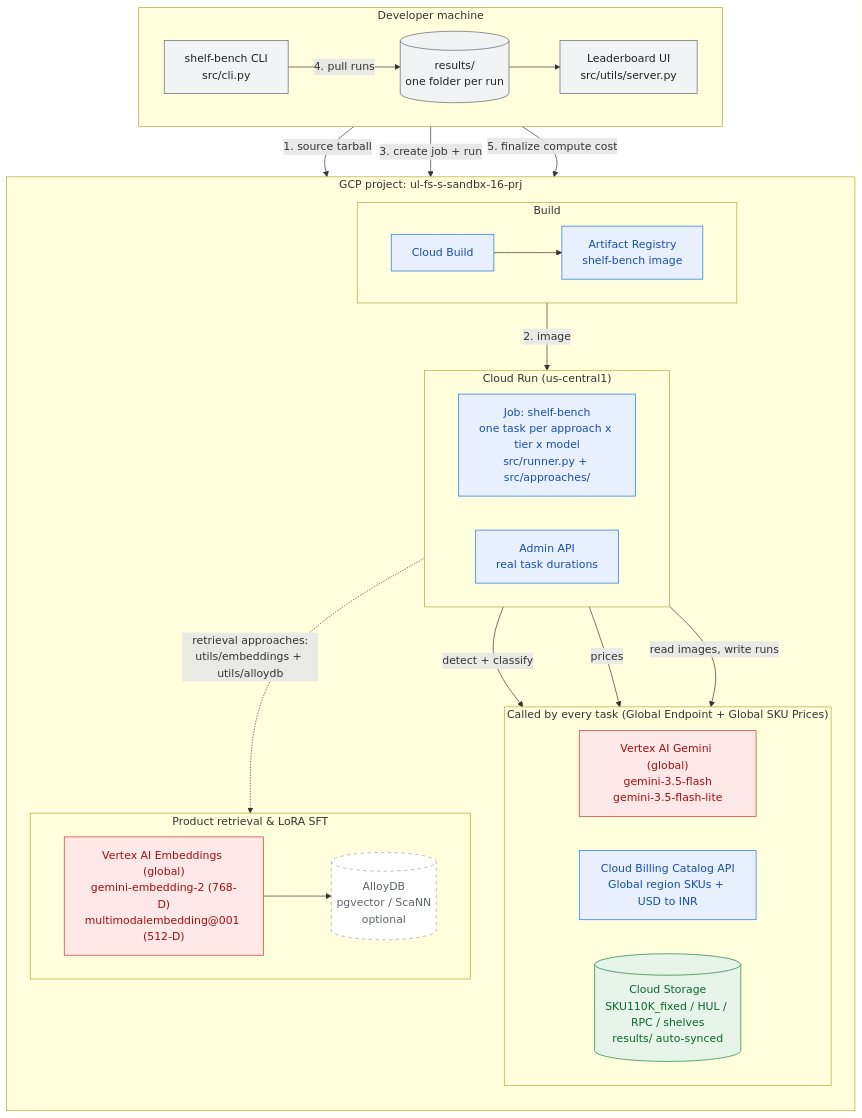
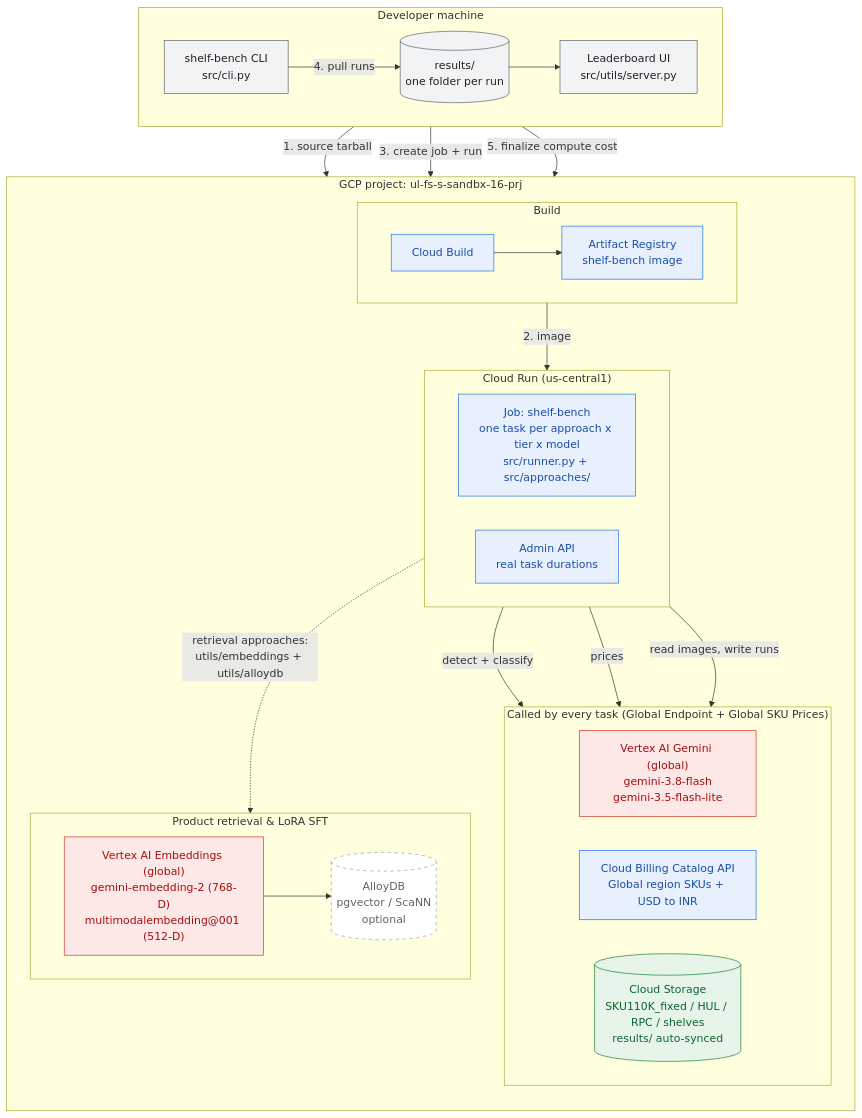
Before and after one commit to jigyasujuneja/unilever-shelf-understanding-e2e: the diagram in docs/diagrams/architecture.mmd, drawn with Mermaid. The commit also changed 7 other files, not shown here.

Commit message:
Update default untuned Flash base model to gemini-3.8-flash

```diff
--- a/docs/diagrams/architecture.mmd
+++ b/docs/diagrams/architecture.mmd
@@ -1,49 +1,49 @@
 flowchart TB
   classDef local fill:#f1f3f4,stroke:#5f6368,color:#202124
   classDef gcp fill:#e8f0fe,stroke:#1a73e8,color:#174ea6
   classDef ai fill:#fce8e6,stroke:#d93025,color:#a50e0e
   classDef data fill:#e6f4ea,stroke:#188038,color:#0d652d
   classDef future fill:#fff,stroke:#9aa0a6,color:#5f6368,stroke-dasharray: 5 5
 
   subgraph DEV["Developer machine"]
     direction LR
     CLI["shelf-bench CLI<br/>src/cli.py"]:::local
     RES[("results/<br/>one folder per run")]:::local
     UI["Leaderboard UI<br/>src/utils/server.py"]:::local
     CLI -- "4. pull runs" --> RES --> UI
   end
 
   subgraph GCP["GCP project: ul-fs-s-sandbx-16-prj"]
     direction TB
     subgraph BUILD["Build"]
       direction LR
       CB["Cloud Build"]:::gcp --> AR["Artifact Registry<br/>shelf-bench image"]:::gcp
     end
 
     subgraph RUN["Cloud Run (us-central1)"]
       direction LR
       T["Job: shelf-bench<br/>one task per approach x tier x model<br/>src/runner.py + src/approaches/"]:::gcp
       ADMIN["Admin API<br/>real task durations"]:::gcp
     end
 
     subgraph SERVICES["Called by every task (Global Endpoint + Global SKU Prices)"]
       direction LR
-      GEM["Vertex AI Gemini (global)<br/>gemini-3.5-flash<br/>gemini-3.5-flash-lite"]:::ai
+      GEM["Vertex AI Gemini (global)<br/>gemini-3.8-flash<br/>gemini-3.5-flash-lite"]:::ai
       BILL["Cloud Billing Catalog API<br/>Global region SKUs + USD to INR"]:::gcp
       DS[("Cloud Storage<br/>SKU110K_fixed / HUL / RPC / shelves<br/>results/ auto-synced")]:::data
     end
 
     subgraph RET["Product retrieval & LoRA SFT"]
       direction LR
       EMB["Vertex AI Embeddings (global)<br/>gemini-embedding-2 (768-D)<br/>multimodalembedding@001 (512-D)"]:::ai --> ADB[("AlloyDB<br/>pgvector / ScaNN<br/>optional")]:::future
     end
   end
 
   CLI -- "1. source tarball" --> CB
   AR -- "2. image" --> T
   CLI -- "3. create job + run" --> T
   CLI -- "5. finalize compute cost" --> ADMIN
   T -- "detect + classify" --> GEM
   T -- "prices" --> BILL
   T -- "read images, write runs" --> DS
   T -. "retrieval approaches:<br/>utils/embeddings + utils/alloydb" .-> EMB
```
